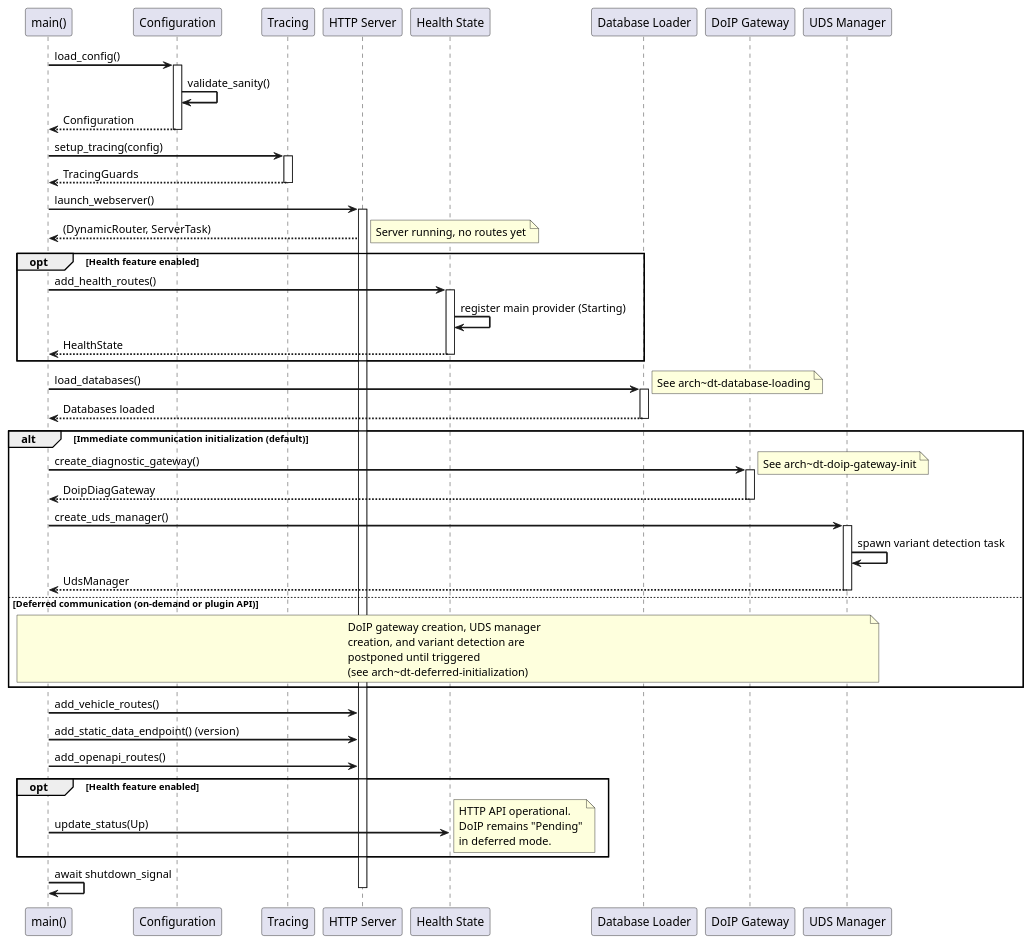
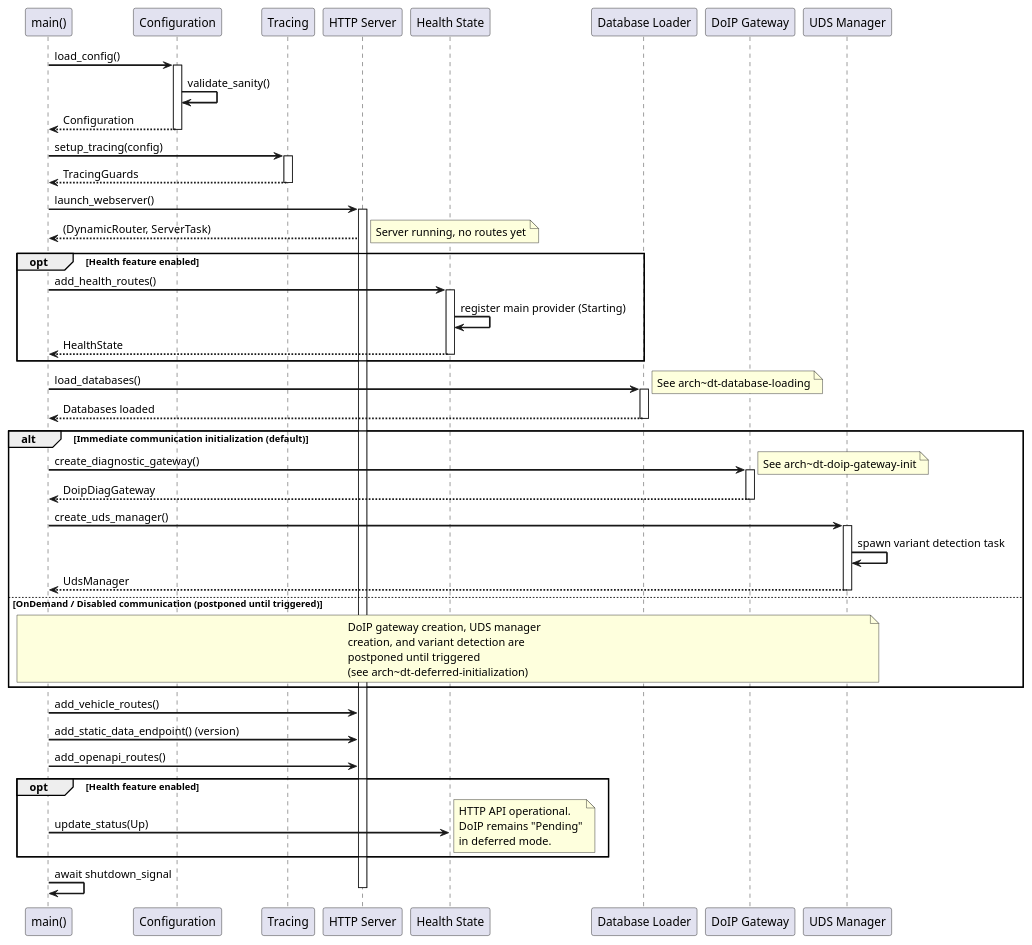
The first of 6 diagrams in docs/03_architecture/04_diagnostic_tester.rst (eclipse-opensovd/classic-diagnostic-adapter), drawn with PlantUML before and after one commit. The commit also changed other lines of this file and 8 other files, not shown here.

```diff
--- a/docs/03_architecture/04_diagnostic_tester.rst
+++ b/docs/03_architecture/04_diagnostic_tester.rst
@@ -92,79 +99,79 @@
     .. uml::
         :caption: Startup Component Interaction
 
         @startuml
         skinparam backgroundColor #FFFFFF
         skinparam sequenceArrowThickness 2
 
         participant "main()" as Main
         participant "Configuration" as Config
         participant "Tracing" as Trace
         participant "HTTP Server" as HTTP
         participant "Health State" as Health
         participant "Database Loader" as DB
         participant "DoIP Gateway" as DoIP
         participant "UDS Manager" as UDS
 
         Main -> Config: load_config()
         activate Config
         Config -> Config: validate_sanity()
         Config --> Main: Configuration
         deactivate Config
 
         Main -> Trace: setup_tracing(config)
         activate Trace
         Trace --> Main: TracingGuards
         deactivate Trace
 
         Main -> HTTP: launch_webserver()
         activate HTTP
         HTTP --> Main: (DynamicRouter, ServerTask)
         note right: Server running, no routes yet
 
         opt Health feature enabled
             Main -> Health: add_health_routes()
             activate Health
             Health -> Health: register main provider (Starting)
             Health --> Main: HealthState
             deactivate Health
         end
 
         Main -> DB: load_databases()
         activate DB
         note right: See arch~dt-database-loading
         DB --> Main: Databases loaded
         deactivate DB
 
         alt Immediate communication initialization (default)
             Main -> DoIP: create_diagnostic_gateway()
             activate DoIP
             note right: See arch~dt-doip-gateway-init
             DoIP --> Main: DoipDiagGateway
             deactivate DoIP
 
             Main -> UDS: create_uds_manager()
             activate UDS
             UDS -> UDS: spawn variant detection task
             UDS --> Main: UdsManager
             deactivate UDS
-        else Deferred communication (on-demand or plugin API)
+        else OnDemand / Disabled communication (postponed until triggered)
             note over Main,UDS
                 DoIP gateway creation, UDS manager
                 creation, and variant detection are
                 postponed until triggered
                 (see arch~dt-deferred-initialization)
             end note
         end
 
         Main -> HTTP: add_vehicle_routes()
         Main -> HTTP: add_static_data_endpoint() (version)
         Main -> HTTP: add_openapi_routes()
 
         opt Health feature enabled
             Main -> Health: update_status(Up)
             note right: HTTP API operational.\nDoIP remains "Pending"\nin deferred mode.
         end
 
         Main -> Main: await shutdown_signal
         deactivate HTTP
         @enduml
```
